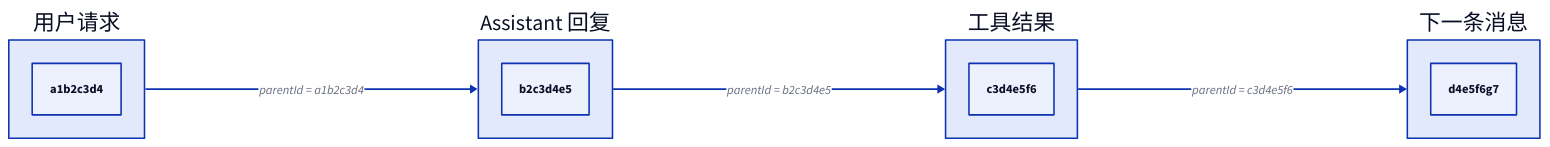
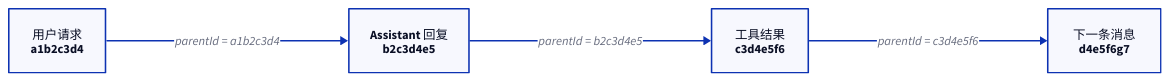
One commit to youngluo/thinking changed the first of 2 diagrams in apps/docs/ai/Pi Agent/Session 是什么.md. Above: the diagram before and after it, drawn with D2. The commit also changed other lines of this file and 15 other files, not shown here.

````diff
--- a/apps/docs/ai/Pi Agent/Session 是什么.md
+++ b/apps/docs/ai/Pi Agent/Session 是什么.md
@@ -30,24 +32,20 @@
 ```d2 fold
 direction: right
 
 root: "用户请求" {
-  id: a1b2c3d4
-  class: subgroup
+  label: "用户请求\na1b2c3d4"
 }
 assistant: "Assistant 回复" {
-  id: b2c3d4e5
-  class: subgroup
+  label: "Assistant 回复\nb2c3d4e5"
 }
 tool: "工具结果" {
-  id: c3d4e5f6
-  class: subgroup
+  label: "工具结果\nc3d4e5f6"
 }
 next: "下一条消息" {
-  id: d4e5f6g7
-  class: subgroup
+  label: "下一条消息\nd4e5f6g7"
 }
 
 root -> assistant: "parentId = a1b2c3d4"
 assistant -> tool: "parentId = b2c3d4e5"
 tool -> next: "parentId = c3d4e5f6"
 ```
````
